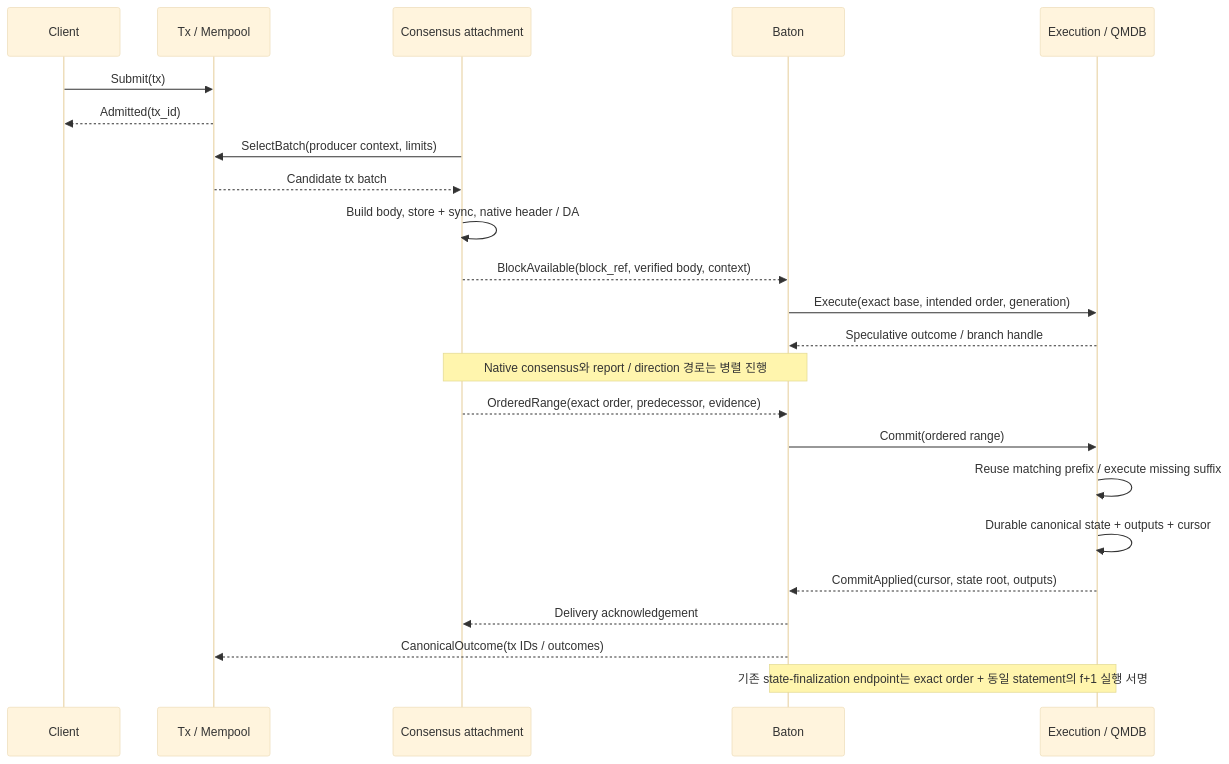
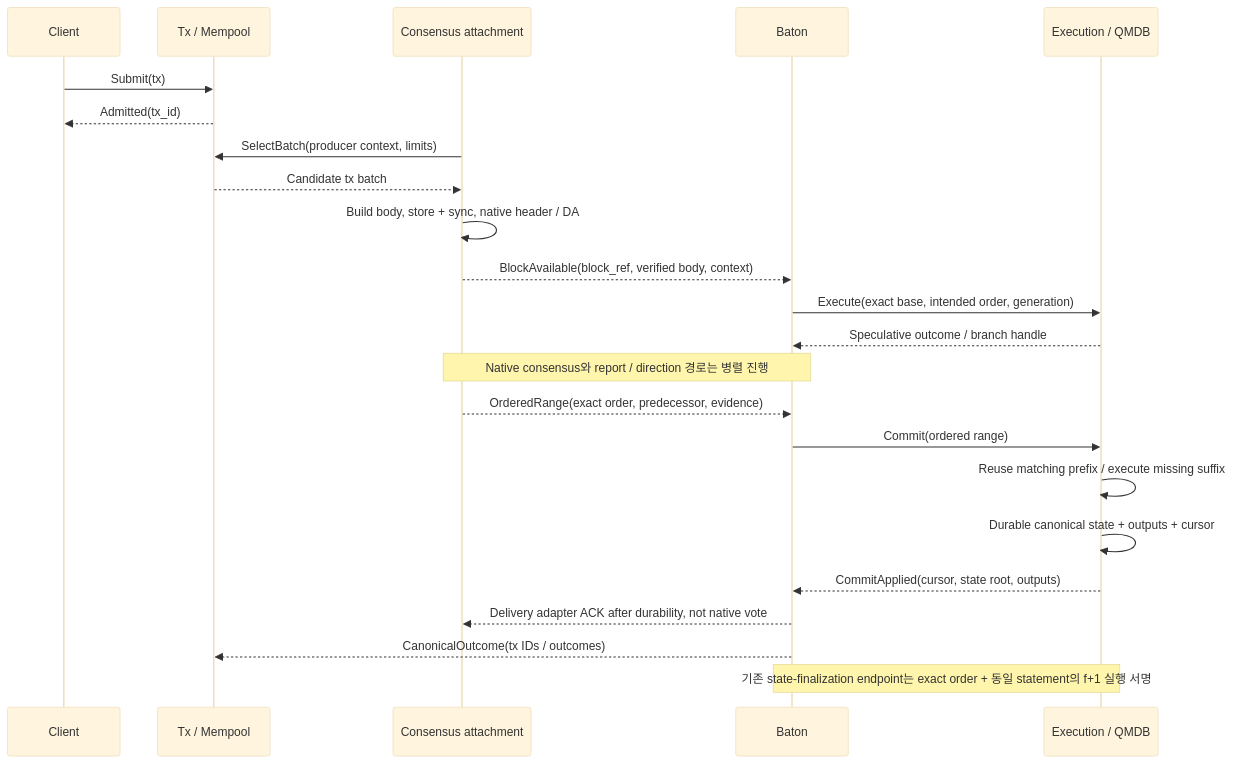
One commit to djm07073/baton-research changed the second of 17 diagrams in IMPLEMENTATION_SPEC.md. Above: the diagram before and after it, drawn with Mermaid (base theme). The commit also changed other lines of this file and 231 other files, not shown here.

````diff
--- a/IMPLEMENTATION_SPEC.md
+++ b/IMPLEMENTATION_SPEC.md
@@ -166,25 +169,25 @@
 ```mermaid
 sequenceDiagram
     participant C as Client
     participant T as Tx / Mempool
     participant N as Consensus attachment
     participant B as Baton
     participant E as Execution / QMDB
     C->>T: Submit(tx)
     T-->>C: Admitted(tx_id)
     N->>T: SelectBatch(producer context, limits)
     T-->>N: Candidate tx batch
     N->>N: Build body, store + sync, native header / DA
     N-->>B: BlockAvailable(block_ref, verified body, context)
     B->>E: Execute(exact base, intended order, generation)
     E-->>B: Speculative outcome / branch handle
     Note over N,B: Native consensus와 report / direction 경로는 병렬 진행
     N-->>B: OrderedRange(exact order, predecessor, evidence)
     B->>E: Commit(ordered range)
     E->>E: Reuse matching prefix / execute missing suffix
     E->>E: Durable canonical state + outputs + cursor
     E-->>B: CommitApplied(cursor, state root, outputs)
-    B-->>N: Delivery acknowledgement
+    B-->>N: Delivery adapter ACK after durability, not native vote
     B-->>T: CanonicalOutcome(tx IDs / outcomes)
     Note over B,E: 기존 state-finalization endpoint는 exact order + 동일 statement의 f+1 실행 서명
 ```
````
